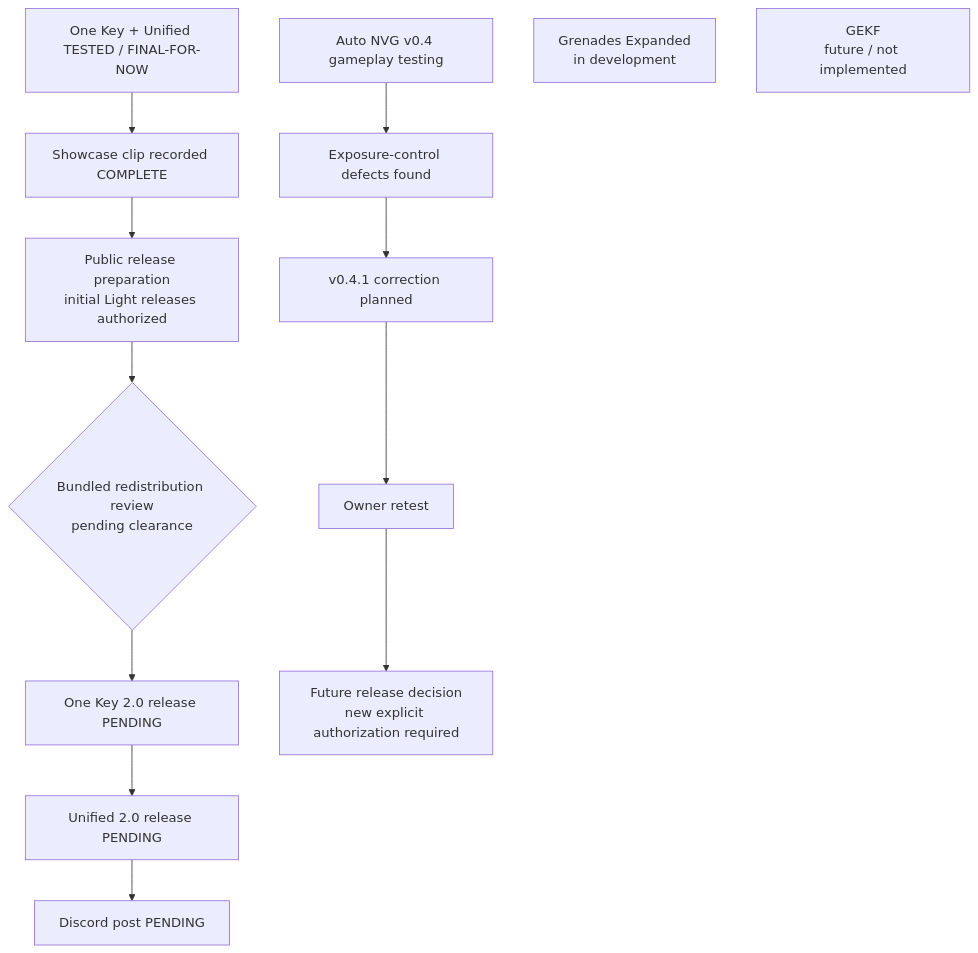
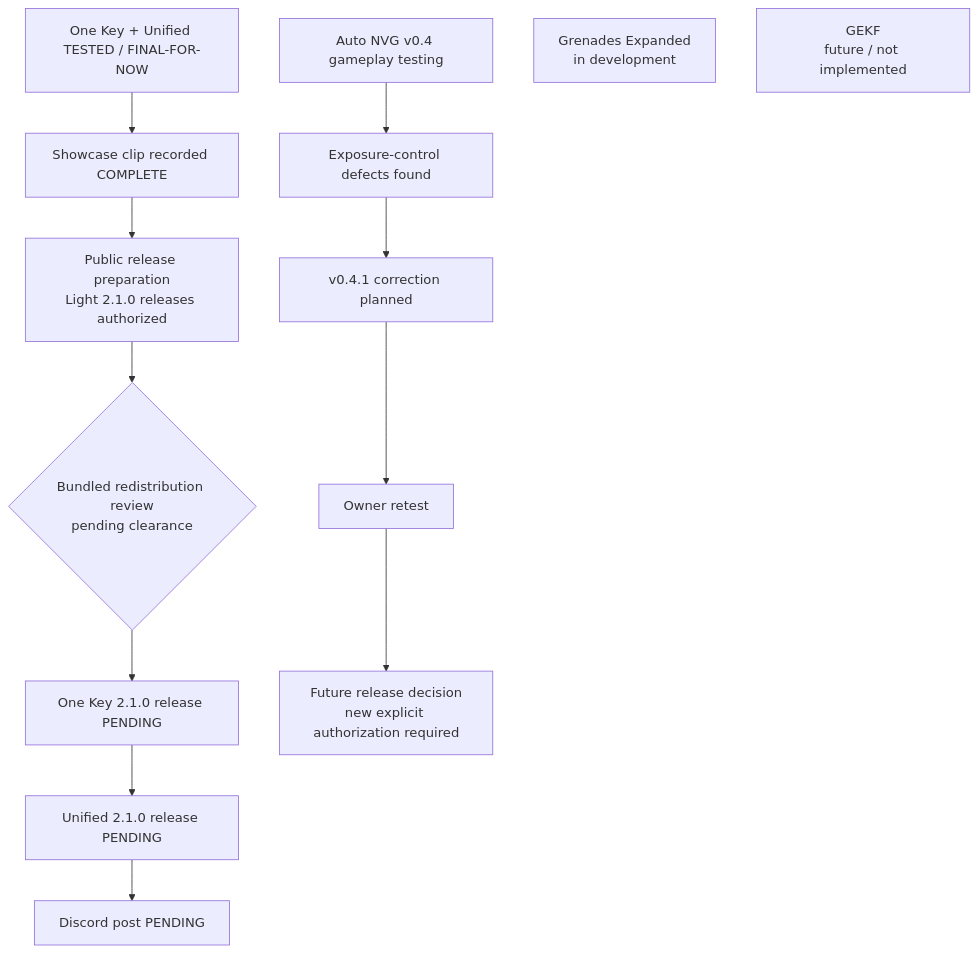
The diagram in ROADMAP.md (ProfessorMaterialistic/GAMMA-Mod-Releases), drawn with Mermaid before and after one commit. The commit also changed other lines of this file and 18 other files, not shown here.

````diff
--- a/ROADMAP.md
+++ b/ROADMAP.md
@@ -7,14 +7,14 @@
 ```mermaid
 flowchart TD
     L["One Key + Unified TESTED / FINAL-FOR-NOW"] --> V["Showcase clip recorded COMPLETE"]
-    V --> P["Public release preparation<br/>initial Light releases authorized"]
+    V --> P["Public release preparation<br/>Light 2.1.0 releases authorized"]
     P --> C{"Bundled redistribution review<br/>pending clearance"}
-    C --> O["One Key 2.0 release PENDING"]
-    O --> U["Unified 2.0 release PENDING"]
+    C --> O["One Key 2.1.0 release PENDING"]
+    O --> U["Unified 2.1.0 release PENDING"]
     U --> D["Discord post PENDING"]
     A["Auto NVG v0.4 gameplay testing"] --> F["Exposure-control defects found"]
     F --> X["v0.4.1 correction planned"] --> T["Owner retest"]
     T --> R["Future release decision<br/>new explicit authorization required"]
     G["Grenades Expanded<br/>in development"]
     K["GEKF<br/>future / not implemented"]
 ```
````
